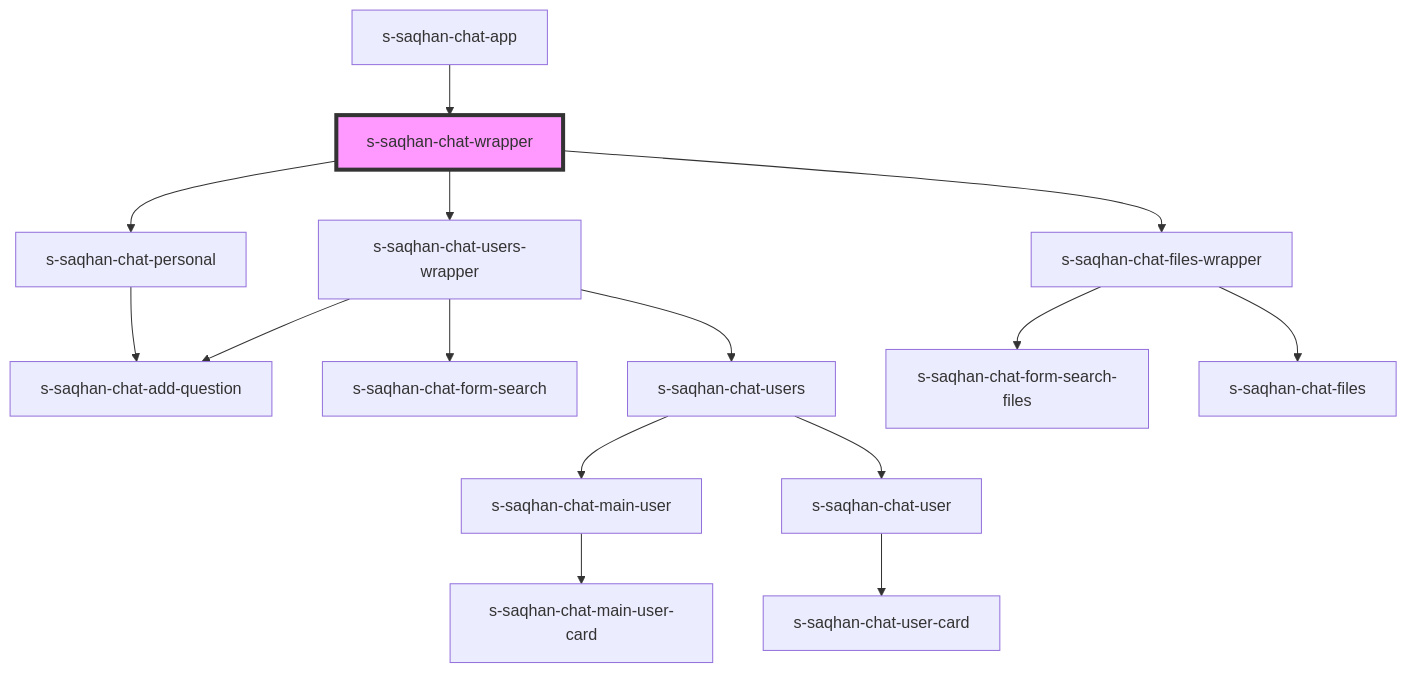
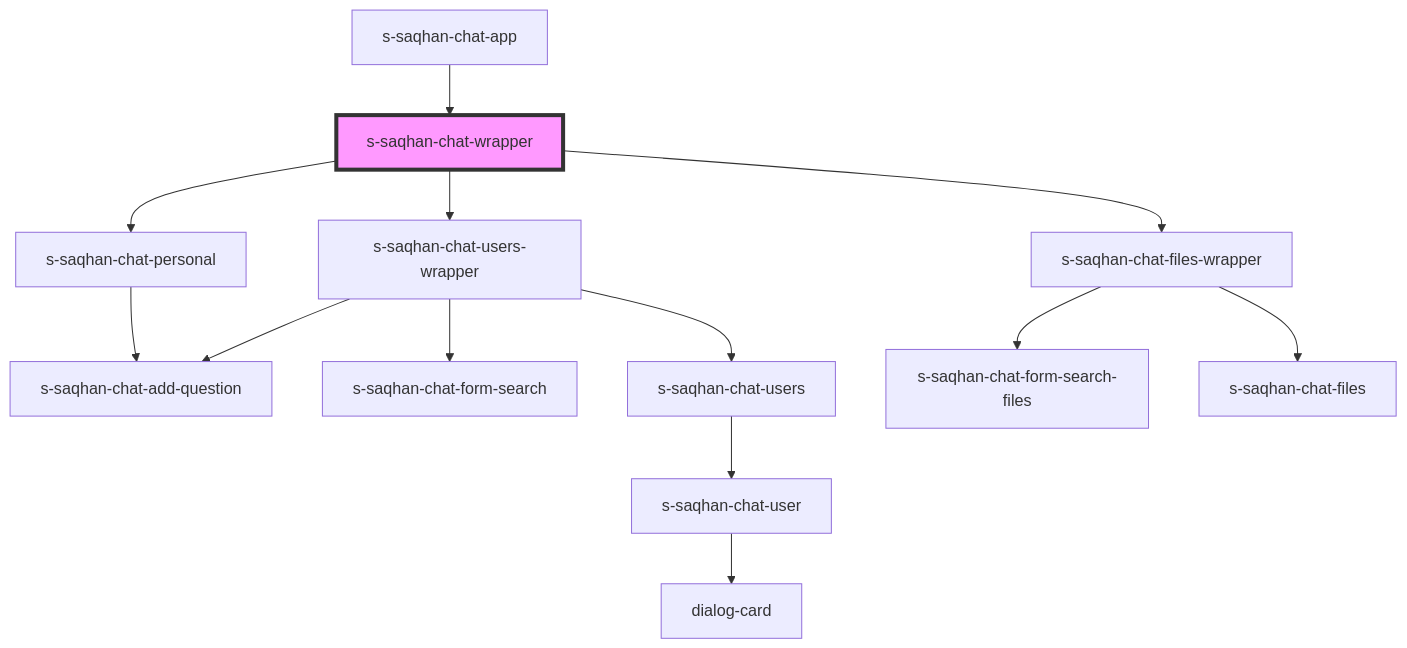
One commit to saqhan/stencil-chat changed the diagram in src/components/module/module-chat/res/view/s-saqhan-chat-app/res/view/s-saqhan-chat-wrapper/readme.md. Above: the diagram before and after it, drawn with Mermaid. The commit also changed other lines of this file and 19 other files, not shown here.

````diff
--- a/src/components/module/module-chat/res/view/s-saqhan-chat-app/res/view/s-saqhan-chat-wrapper/readme.md
+++ b/src/components/module/module-chat/res/view/s-saqhan-chat-app/res/view/s-saqhan-chat-wrapper/readme.md
@@ -40,18 +40,16 @@
 ```mermaid
 graph TD;
   s-saqhan-chat-wrapper --> s-saqhan-chat-personal
   s-saqhan-chat-wrapper --> s-saqhan-chat-users-wrapper
   s-saqhan-chat-wrapper --> s-saqhan-chat-files-wrapper
   s-saqhan-chat-personal --> s-saqhan-chat-add-question
   s-saqhan-chat-users-wrapper --> s-saqhan-chat-form-search
   s-saqhan-chat-users-wrapper --> s-saqhan-chat-users
   s-saqhan-chat-users-wrapper --> s-saqhan-chat-add-question
-  s-saqhan-chat-users --> s-saqhan-chat-main-user
   s-saqhan-chat-users --> s-saqhan-chat-user
-  s-saqhan-chat-main-user --> s-saqhan-chat-main-user-card
-  s-saqhan-chat-user --> s-saqhan-chat-user-card
+  s-saqhan-chat-user --> dialog-card
   s-saqhan-chat-files-wrapper --> s-saqhan-chat-form-search-files
   s-saqhan-chat-files-wrapper --> s-saqhan-chat-files
   s-saqhan-chat-app --> s-saqhan-chat-wrapper
   style s-saqhan-chat-wrapper fill:#f9f,stroke:#333,stroke-width:4px
 ```
````
